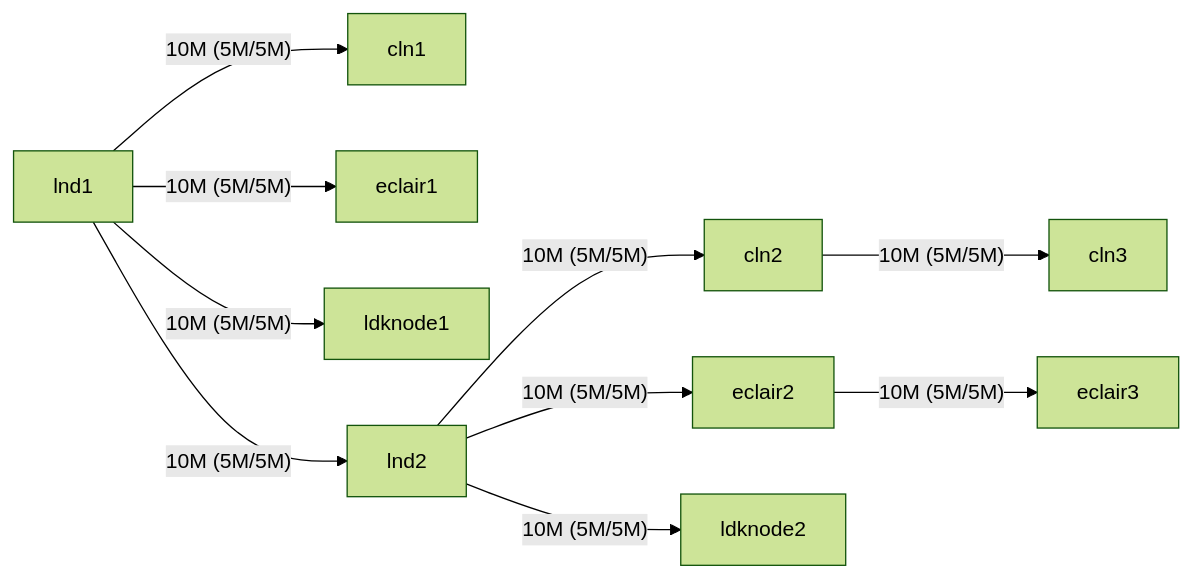
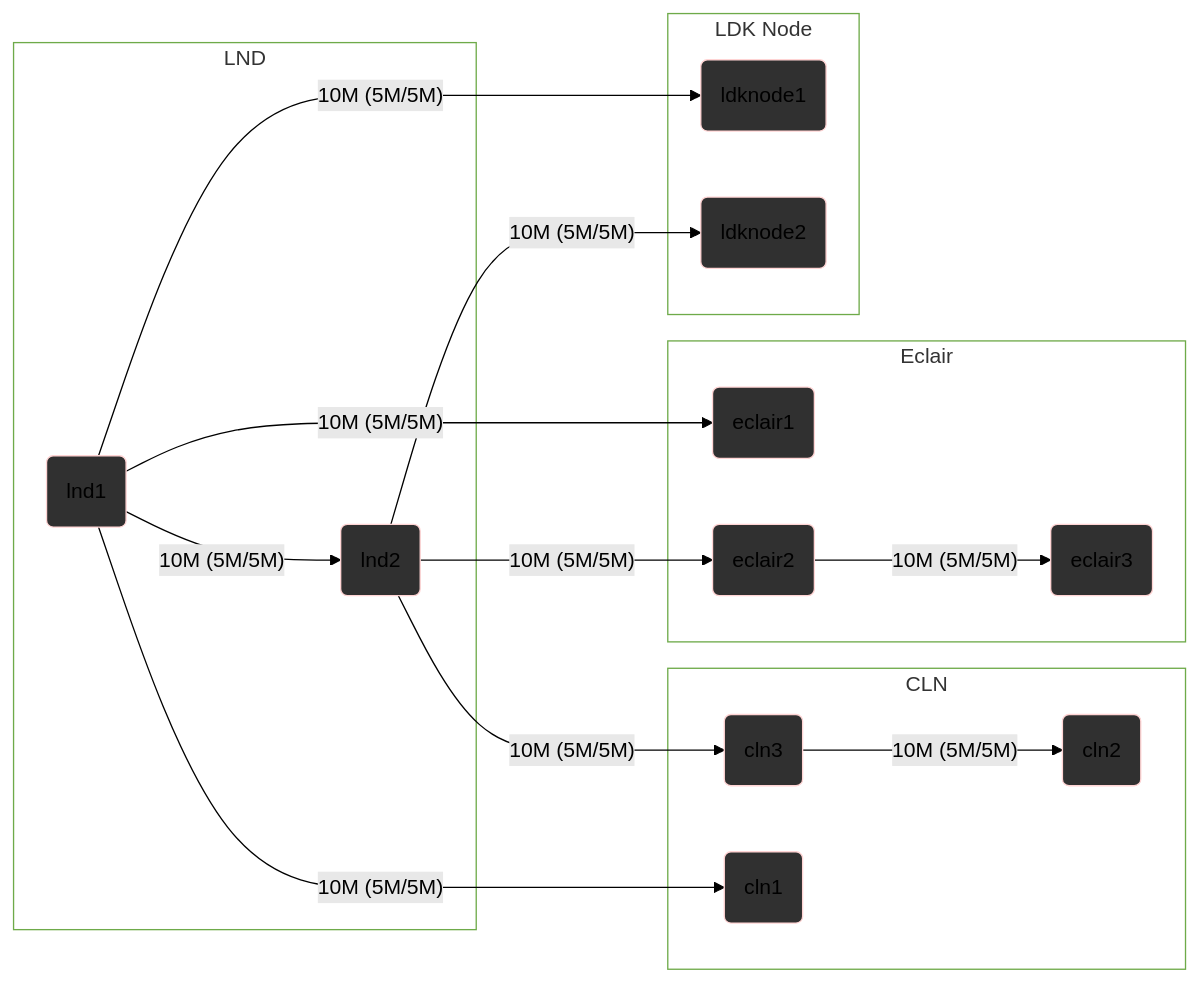
One commit to LN-Zap/bolt12-playground changed the diagram in README.md. Above: the diagram before and after it, drawn with Mermaid (forest theme). The commit also changed other lines of this file, not shown here.

Commit message:
Add ldknode into mermaid diagram

````diff
--- a/README.md
+++ b/README.md
@@ -52,12 +52,37 @@
 ```mermaid
 graph LR
+    classDef nodes stroke:#FFD4D4,stroke-width:1px,fill:#303030;
+    classDef groups stroke:#grey,stroke-width:1px,fill:none
+
+    subgraph lndgroup ["LND"]
+        lnd1(lnd1)
+        lnd2(lnd2)
+    end
+    subgraph clngroup ["CLN"]
+        cln2(cln3)
+        cln3(cln2)
+        cln1(cln1)
+    end
+    subgraph eclairgroup ["Eclair"]
+        eclair1(eclair1)
+        eclair2(eclair2)
+        eclair3(eclair3)
+    end
+    subgraph ldkgroup ["LDK Node"]
+        ldknode1(ldknode1)
+        ldknode2(ldknode2)
+    end
+
     lnd1 --10M (5M/5M)--> cln1
     lnd1 --10M (5M/5M)--> eclair1
     lnd1 --10M (5M/5M)--> ldknode1
     lnd1 --10M (5M/5M)--> lnd2
     lnd2 --10M (5M/5M)--> cln2
     lnd2 --10M (5M/5M)--> eclair2
     lnd2 --10M (5M/5M)--> ldknode2
     cln2 --10M (5M/5M)--> cln3
     eclair2 --10M (5M/5M)--> eclair3
+
+    class lndgroup,clngroup,eclairgroup,ldkgroup groups;
+    class lnd1,lnd2,cln1,cln2,cln3,eclair1,eclair2,eclair3,ldknode1,ldknode2 nodes;
 ```
````
